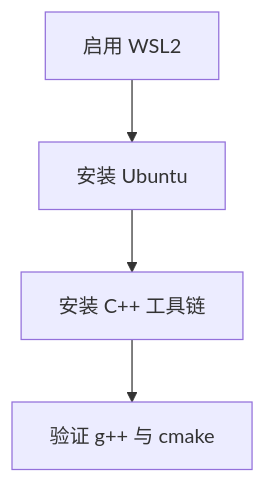
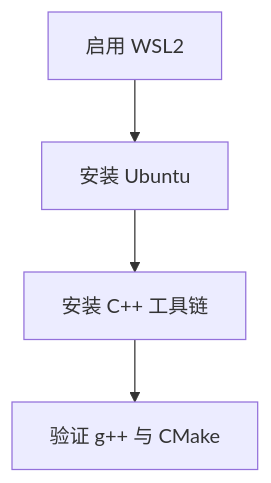
The diagram in content/getting-started/setup-wsl2.qmd (chengzhao-dev/cpp-notes), drawn with Mermaid before and after one commit. The commit also changed other lines of this file and 71 other files, not shown here.

````diff
--- a/content/getting-started/setup-wsl2.qmd
+++ b/content/getting-started/setup-wsl2.qmd
@@ -18,6 +21,6 @@
 ```{mermaid}
 flowchart TD
   A[启用 WSL2] --> B[安装 Ubuntu]
   B --> C[安装 C++ 工具链]
-  C --> D[验证 g++ 与 cmake]
+  C --> D[验证 g++ 与 CMake]
 ```
````
